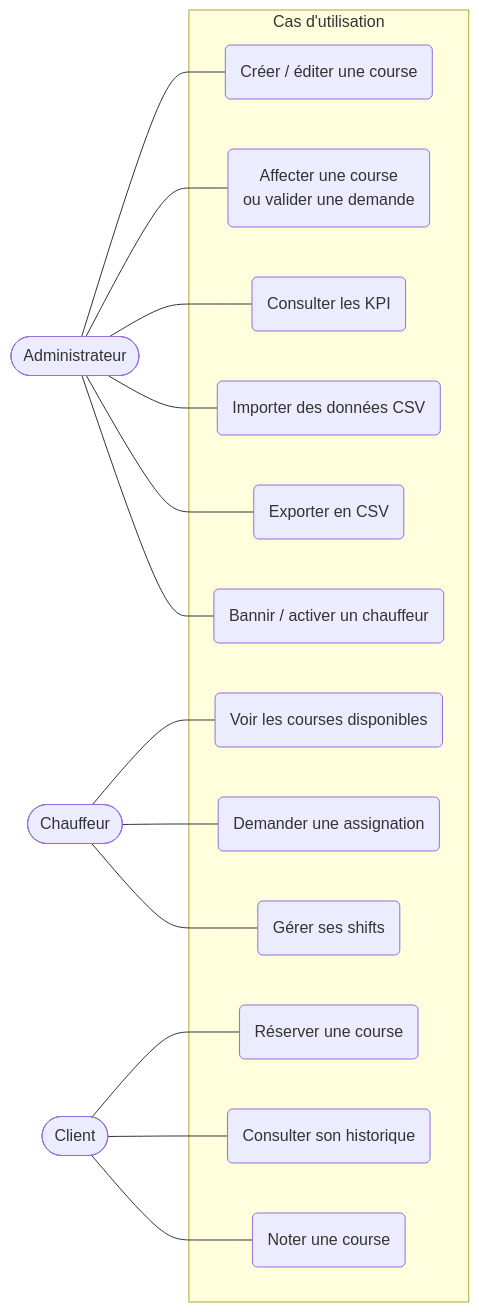
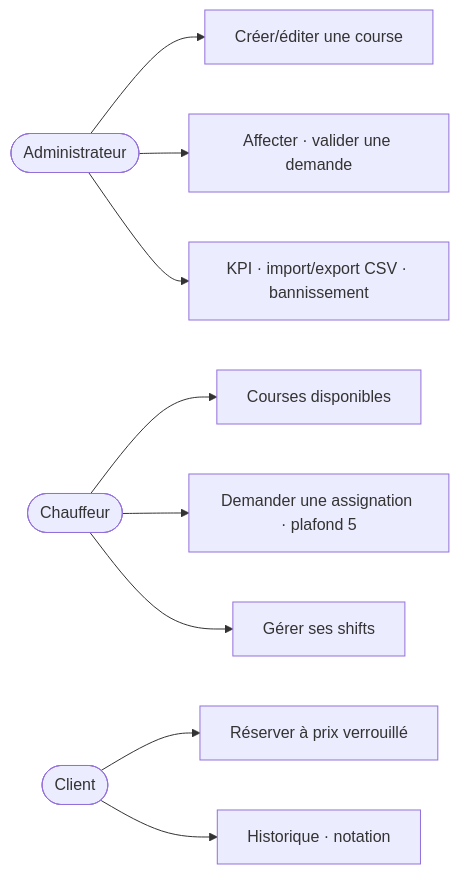
One commit to Mamoru-fr/AMT-Express changed the second of 8 diagrams in documents/dossiers/dossierProjet/v1-complet/dossierProjetRNCP.md. Above: the diagram before and after it, drawn with Mermaid. The commit also changed other lines of this file and 12 other files, not shown here.

````diff
--- a/documents/dossiers/dossierProjet/v1-complet/dossierProjetRNCP.md
+++ b/documents/dossiers/dossierProjet/v1-complet/dossierProjetRNCP.md
@@ -284,25 +284,11 @@
 ```mermaid
 flowchart LR
-    Admin([Administrateur])
-    Driver([Chauffeur])
-    Customer([Client])
-
-    subgraph UC[Cas d'utilisation]
-        UC1(Créer / éditer une course)
-        UC2(Affecter une course<br/>ou valider une demande)
-        UC3(Consulter les KPI)
-        UC4(Importer des données CSV)
-        UC5(Exporter en CSV)
-        UC6(Bannir / activer un chauffeur)
-        UC7(Voir les courses disponibles)
-        UC8(Demander une assignation)
-        UC9(Gérer ses shifts)
-        UC10(Réserver une course)
-        UC11(Consulter son historique)
-        UC12(Noter une course)
-    end
-
-    Admin --- UC1 & UC2 & UC3 & UC4 & UC5 & UC6
-    Driver --- UC7 & UC8 & UC9
-    Customer --- UC10 & UC11 & UC12
+    Admin([Administrateur]) --> UC1[Créer/éditer une course]
+    Admin --> UC2[Affecter · valider une demande]
+    Admin --> UC3[KPI · import/export CSV · bannissement]
+    Driver([Chauffeur]) --> UC4[Courses disponibles]
+    Driver --> UC5[Demander une assignation · plafond 5]
+    Driver --> UC6[Gérer ses shifts]
+    Customer([Client]) --> UC7[Réserver à prix verrouillé]
+    Customer --> UC8[Historique · notation]
 ```
````
